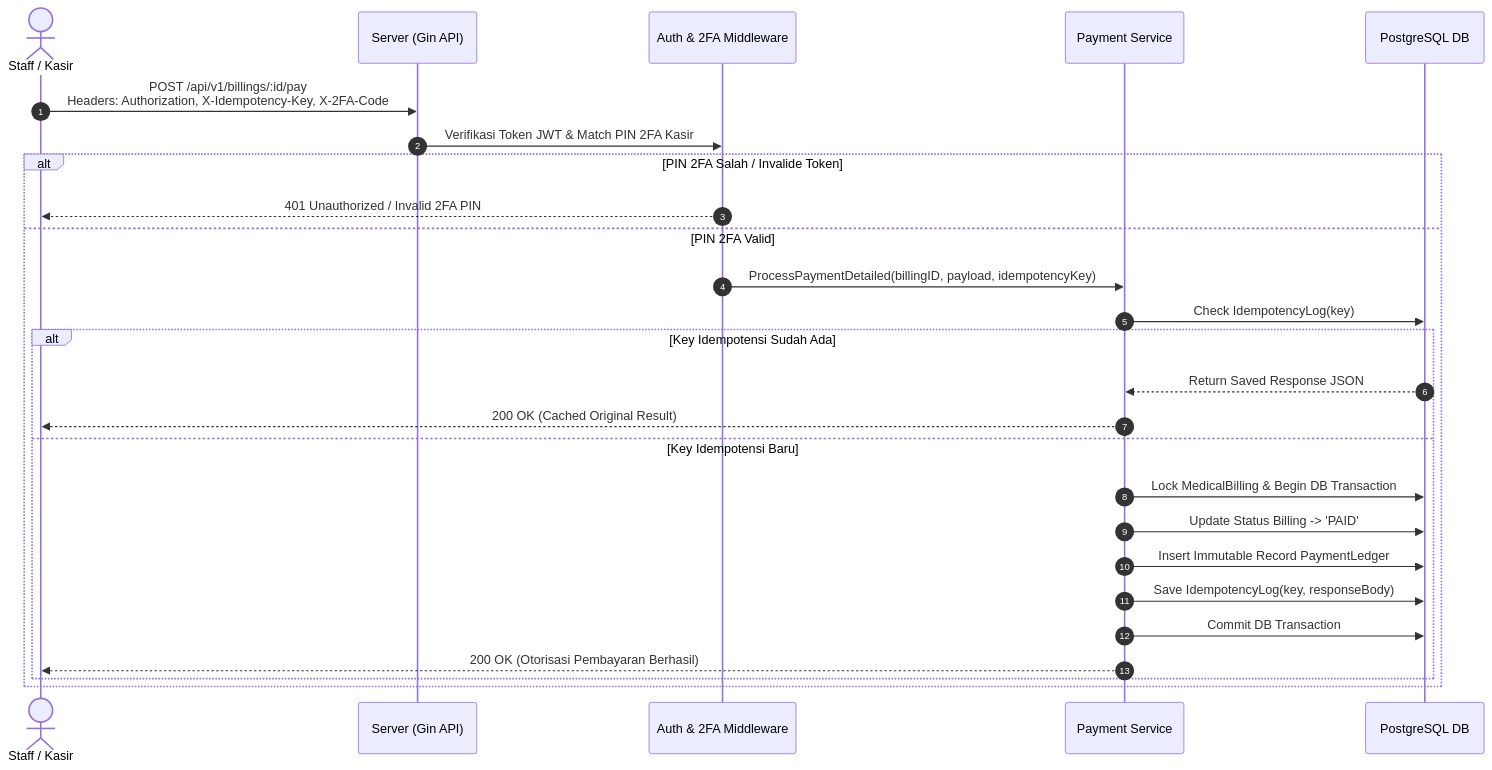
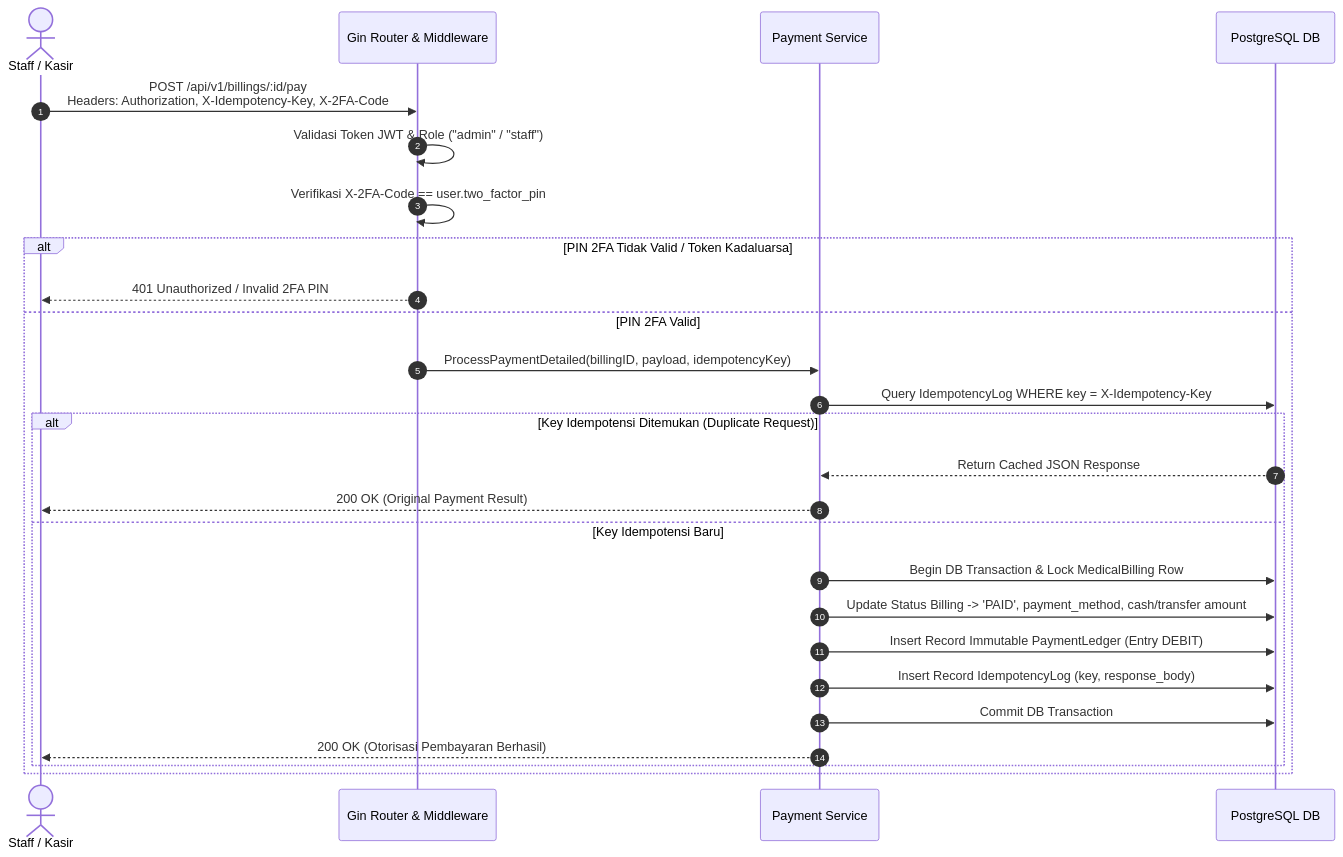
The second of 4 diagrams in server/README.md (Lesmana24/SIMRS-Billings), drawn with Mermaid before and after one commit. The commit also changed other lines of this file, not shown here.

Commit message:
docs: add README.md for SIMRS billing backend documentation

````diff
--- a/server/README.md
+++ b/server/README.md
@@ -220,29 +250,29 @@
 ```mermaid
 sequenceDiagram
     autonumber
     actor Kasir as Staff / Kasir
-    participant API as Server (Gin API)
-    participant Auth as Auth & 2FA Middleware
+    participant API as Gin Router & Middleware
     participant PaySvc as Payment Service
     participant DB as PostgreSQL DB
 
     Kasir->>API: POST /api/v1/billings/:id/pay<br/>Headers: Authorization, X-Idempotency-Key, X-2FA-Code
-    API->>Auth: Verifikasi Token JWT & Match PIN 2FA Kasir
-    alt PIN 2FA Salah / Invalide Token
-        Auth-->>Kasir: 401 Unauthorized / Invalid 2FA PIN
+    API->>API: Validasi Token JWT & Role ("admin" / "staff")
+    API->>API: Verifikasi X-2FA-Code == user.two_factor_pin
+    alt PIN 2FA Tidak Valid / Token Kadaluarsa
+        API-->>Kasir: 401 Unauthorized / Invalid 2FA PIN
     else PIN 2FA Valid
-        Auth->>PaySvc: ProcessPaymentDetailed(billingID, payload, idempotencyKey)
-        PaySvc->>DB: Check IdempotencyLog(key)
-        alt Key Idempotensi Sudah Ada
-            DB-->>PaySvc: Return Saved Response JSON
-            PaySvc-->>Kasir: 200 OK (Cached Original Result)
+        API->>PaySvc: ProcessPaymentDetailed(billingID, payload, idempotencyKey)
+        PaySvc->>DB: Query IdempotencyLog WHERE key = X-Idempotency-Key
+        alt Key Idempotensi Ditemukan (Duplicate Request)
+            DB-->>PaySvc: Return Cached JSON Response
+            PaySvc-->>Kasir: 200 OK (Original Payment Result)
         else Key Idempotensi Baru
-            PaySvc->>DB: Lock MedicalBilling & Begin DB Transaction
-            PaySvc->>DB: Update Status Billing -> 'PAID'
-            PaySvc->>DB: Insert Immutable Record PaymentLedger
-            PaySvc->>DB: Save IdempotencyLog(key, responseBody)
+            PaySvc->>DB: Begin DB Transaction & Lock MedicalBilling Row
+            PaySvc->>DB: Update Status Billing -> 'PAID', payment_method, cash/transfer amount
+            PaySvc->>DB: Insert Record Immutable PaymentLedger (Entry DEBIT)
+            PaySvc->>DB: Insert Record IdempotencyLog (key, response_body)
             PaySvc->>DB: Commit DB Transaction
             PaySvc-->>Kasir: 200 OK (Otorisasi Pembayaran Berhasil)
         end
     end
 ```
````
